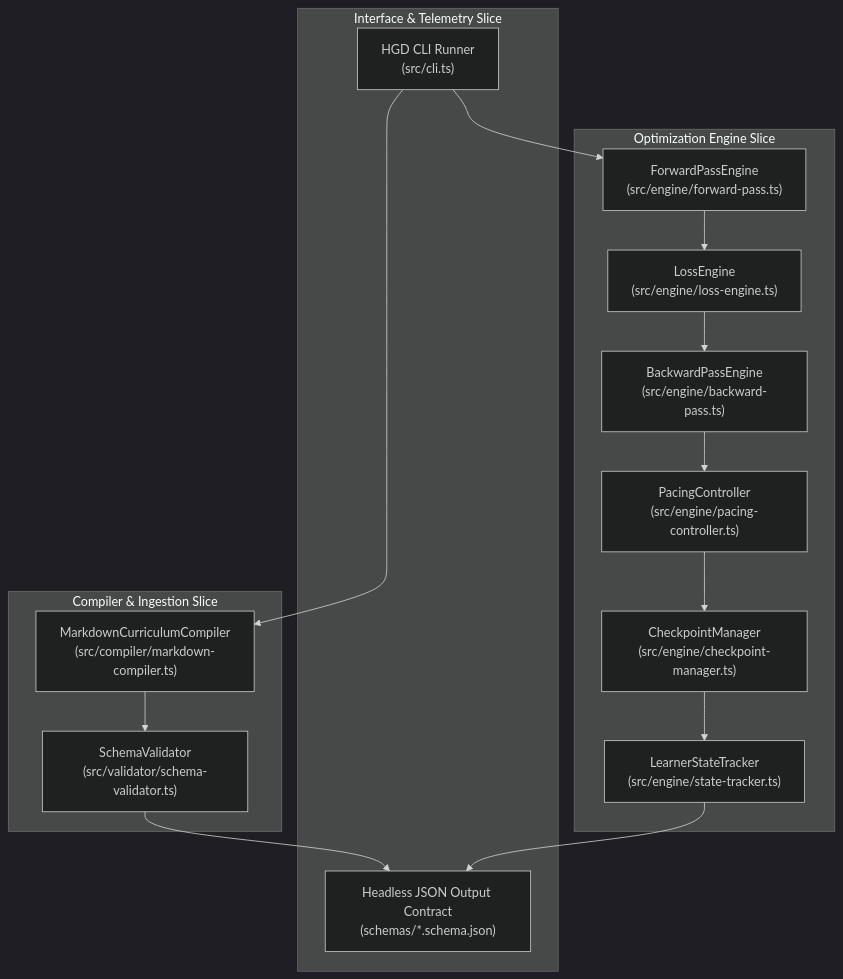
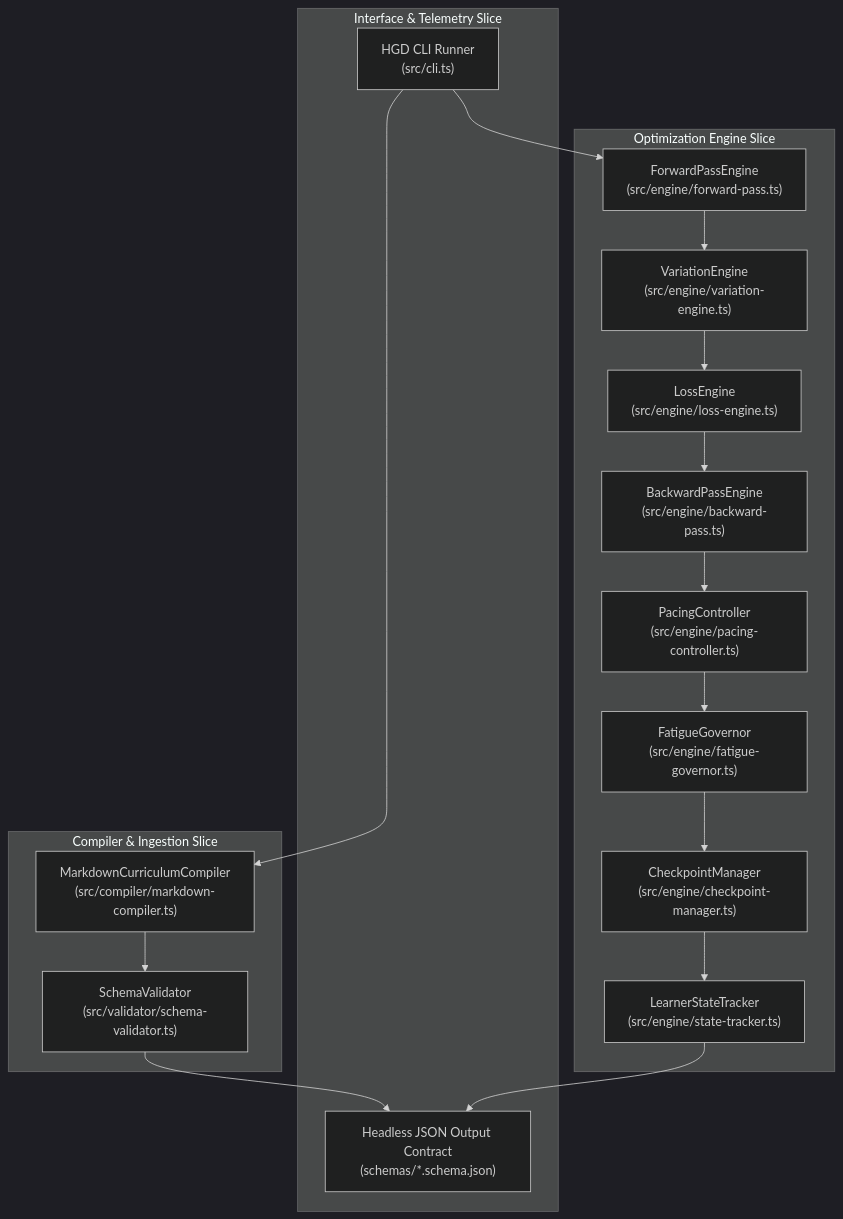
One commit to ihkaru/human-gradient-descent changed the diagram in docs/architecture/05_building_block_view.md. Above: the diagram before and after it, drawn with Mermaid (dark theme). The commit also changed other lines of this file and 33 other files, not shown here.

Commit message:
feat: implement domain-agnostic bianshi variation engine, anti-fatigue governor, and updated arc42 architecture

````diff
--- a/docs/architecture/05_building_block_view.md
+++ b/docs/architecture/05_building_block_view.md
@@ -15,32 +15,36 @@
 ```mermaid
 flowchart TD
     subgraph CompilerSlice["Compiler & Ingestion Slice"]
         MC["MarkdownCurriculumCompiler\n(src/compiler/markdown-compiler.ts)"]
         SV["SchemaValidator\n(src/validator/schema-validator.ts)"]
     end
 
     subgraph OptimizationSlice["Optimization Engine Slice"]
         FP["ForwardPassEngine\n(src/engine/forward-pass.ts)"]
+        VE["VariationEngine\n(src/engine/variation-engine.ts)"]
         LE["LossEngine\n(src/engine/loss-engine.ts)"]
         BP["BackwardPassEngine\n(src/engine/backward-pass.ts)"]
         PC["PacingController\n(src/engine/pacing-controller.ts)"]
+        FG["FatigueGovernor\n(src/engine/fatigue-governor.ts)"]
         CM["CheckpointManager\n(src/engine/checkpoint-manager.ts)"]
         ST["LearnerStateTracker\n(src/engine/state-tracker.ts)"]
     end
 
     subgraph InterfaceSlice["Interface & Telemetry Slice"]
         CLI["HGD CLI Runner\n(src/cli.ts)"]
         UIContract["Headless JSON Output Contract\n(schemas/*.schema.json)"]
     end
 
     MC --> SV
     SV --> UIContract
     CLI --> MC
     CLI --> FP
-    FP --> LE
+    FP --> VE
+    VE --> LE
     LE --> BP
     BP --> PC
-    PC --> CM
+    PC --> FG
+    FG --> CM
     CM --> ST
     ST --> UIContract
 ```
````
